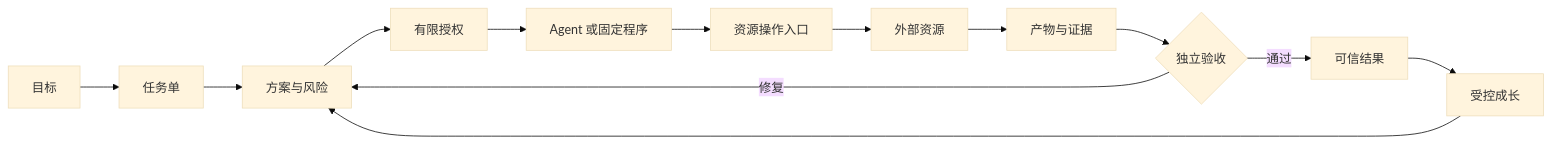
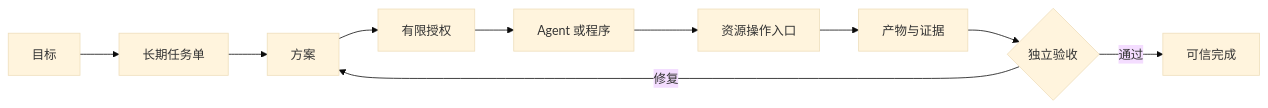
The diagram in README.zh-CN.md (lexiewenchuan/TaskSeal), drawn with Mermaid (base theme) before and after one commit. The commit also changed other lines of this file and 6 other files, not shown here.

````diff
--- a/README.zh-CN.md
+++ b/README.zh-CN.md
@@ -73,15 +75,12 @@
 ```mermaid
 flowchart LR
-    A["目标"] --> B["任务单"]
-    B --> C["方案与风险"]
+    A["目标"] --> B["长期任务单"]
+    B --> C["方案"]
     C --> D["有限授权"]
-    D --> E["Agent 或固定程序"]
+    D --> E["Agent 或程序"]
     E --> F["资源操作入口"]
-    F --> G["外部资源"]
-    G --> H["产物与证据"]
-    H --> I{"独立验收"}
-    I -->|修复| C
-    I -->|通过| J["可信结果"]
-    J --> K["受控成长"]
-    K --> C
+    F --> G["产物与证据"]
+    G --> H{"独立验收"}
+    H -->|修复| C
+    H -->|通过| I["可信完成"]
 ```
````
